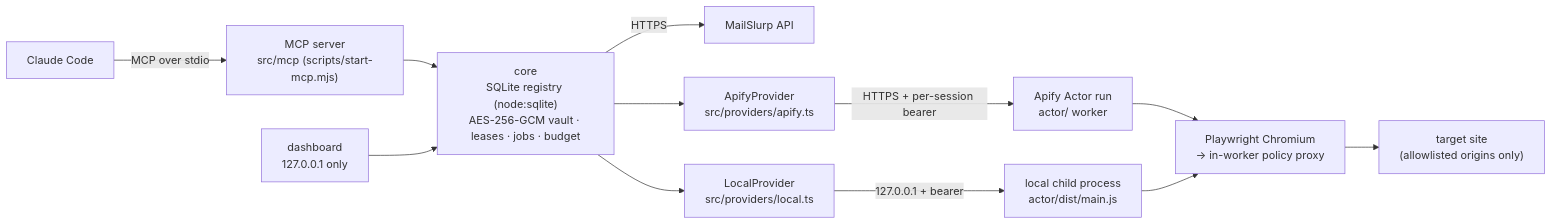
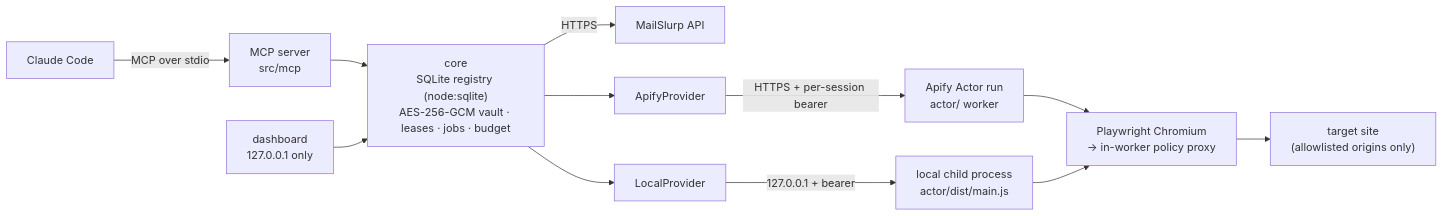
Before and after one commit to katsdivi/agentharbor: the diagram in README.md, drawn with Mermaid. The commit also changed other lines of this file and 38 other files, not shown here.

````diff
--- a/README.md
+++ b/README.md
@@ -63,14 +195,14 @@
 ```mermaid
 flowchart LR
-  CC["Claude Code"] -- "MCP over stdio" --> MCP["MCP server<br/>src/mcp (scripts/start-mcp.mjs)"]
+  CC["Claude Code"] -- "MCP over stdio" --> MCP["MCP server<br/>src/mcp"]
   MCP --> CORE["core<br/>SQLite registry (node:sqlite)<br/>AES-256-GCM vault · leases · jobs · budget"]
   CORE -- "HTTPS" --> MS["MailSlurp API"]
-  CORE --> AP["ApifyProvider<br/>src/providers/apify.ts"]
-  CORE --> LP["LocalProvider<br/>src/providers/local.ts"]
+  CORE --> AP["ApifyProvider"]
+  CORE --> LP["LocalProvider"]
   AP -- "HTTPS + per-session bearer" --> RW["Apify Actor run<br/>actor/ worker"]
   LP -- "127.0.0.1 + bearer" --> LW["local child process<br/>actor/dist/main.js"]
   RW --> PW["Playwright Chromium<br/>→ in-worker policy proxy"]
   LW --> PW
   PW --> SITE["target site<br/>(allowlisted origins only)"]
   DASH["dashboard<br/>127.0.0.1 only"] --> CORE
 ```
````
